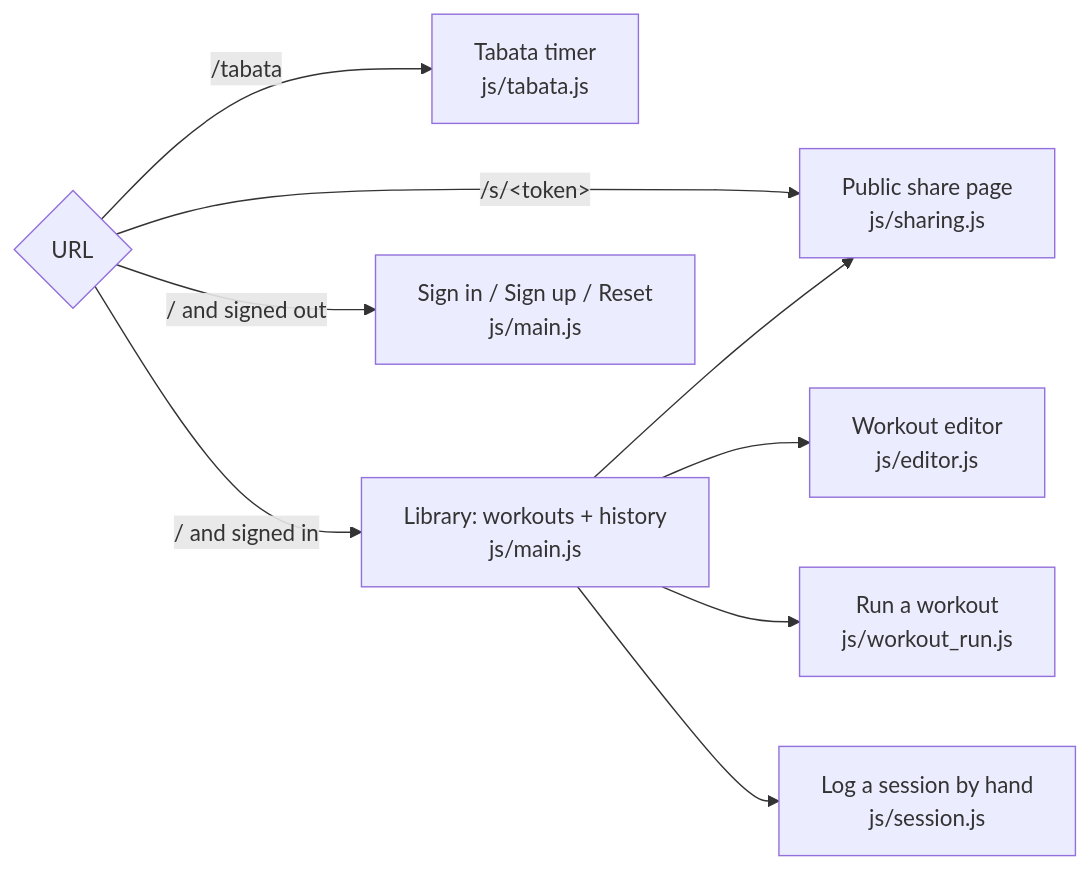
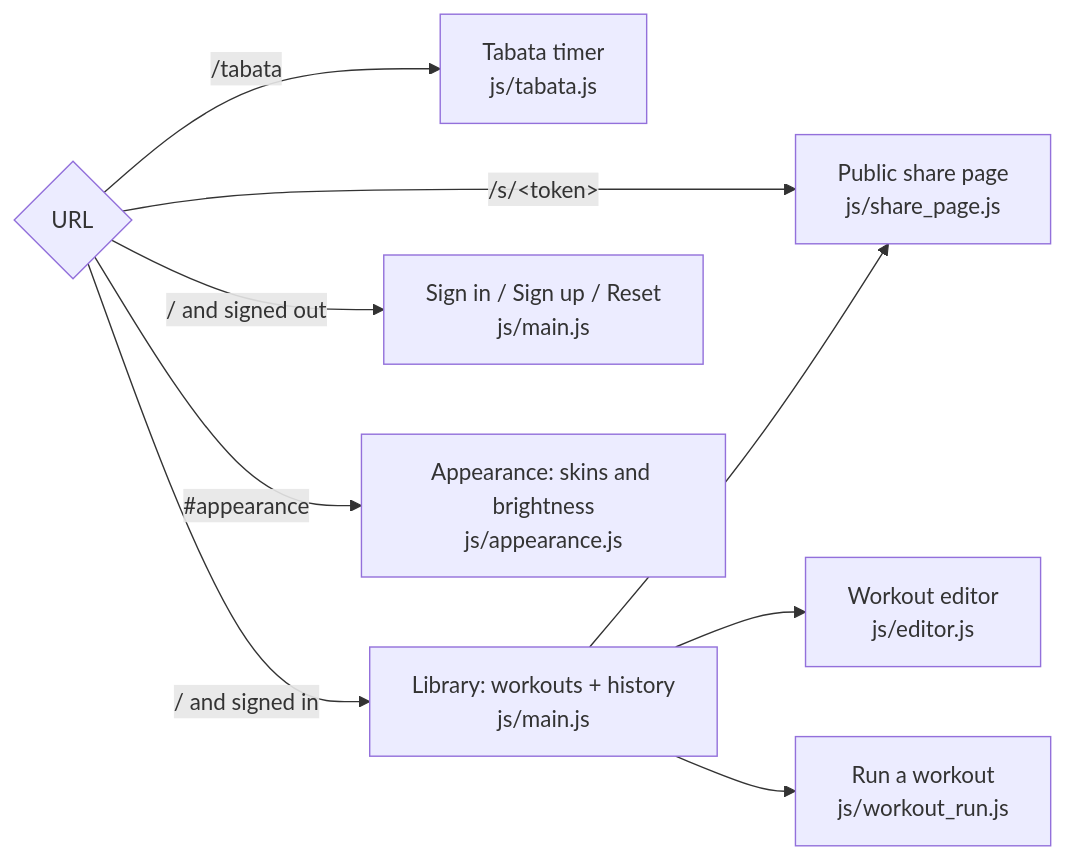
The sixth of 6 diagrams in GUIDE.md (kuikai/stackfit), drawn with Mermaid before and after one commit. The commit also changed other lines of this file and 74 other files, not shown here.

````diff
--- a/GUIDE.md
+++ b/GUIDE.md
@@ -243,11 +252,11 @@
 ```mermaid
 flowchart LR
   URL{URL} -- "/tabata" --> Tab[Tabata timer<br/>js/tabata.js]
-  URL -- "/s/&lt;token&gt;" --> Share[Public share page<br/>js/sharing.js]
+  URL -- "/s/&lt;token&gt;" --> Share[Public share page<br/>js/share_page.js]
   URL -- "/ and signed in" --> Lib[Library: workouts + history<br/>js/main.js]
   URL -- "/ and signed out" --> Auth[Sign in / Sign up / Reset<br/>js/main.js]
+  URL -- "#appearance" --> Look[Appearance: skins and brightness<br/>js/appearance.js]
   Lib --> Edit[Workout editor<br/>js/editor.js]
   Lib --> Run[Run a workout<br/>js/workout_run.js]
-  Lib --> Log[Log a session by hand<br/>js/session.js]
   Lib --> Share
 ```
````
